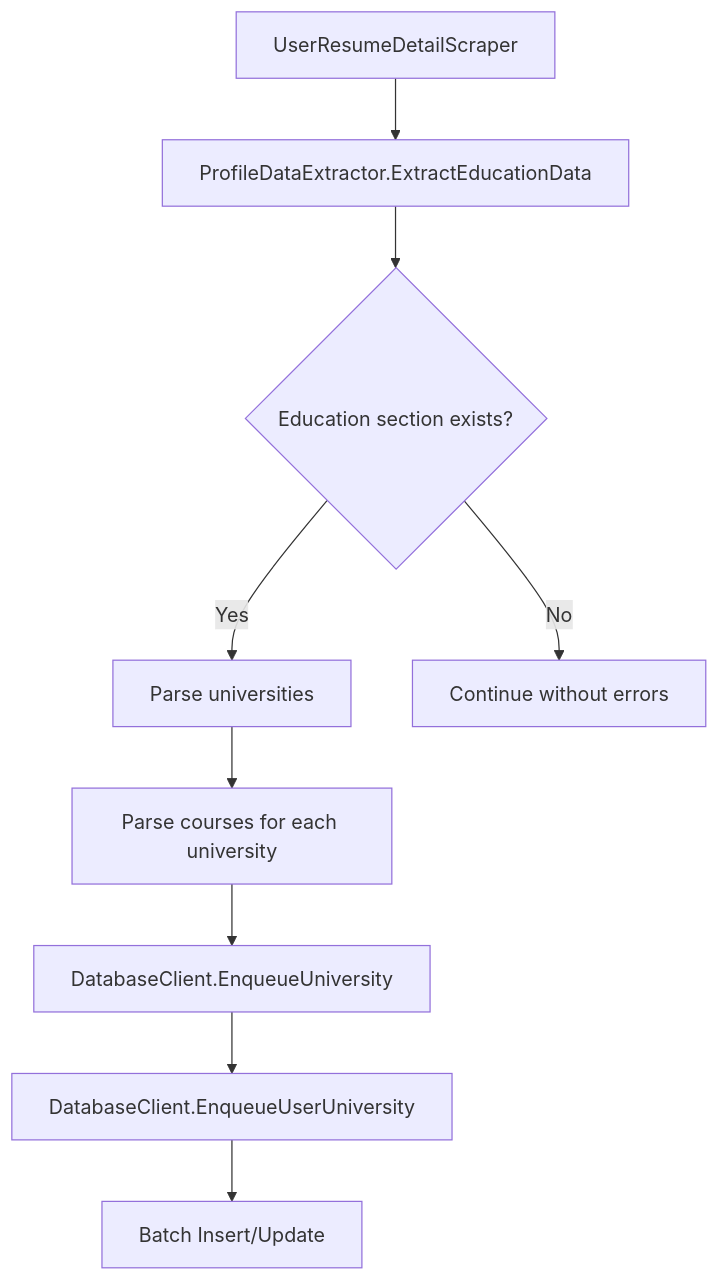
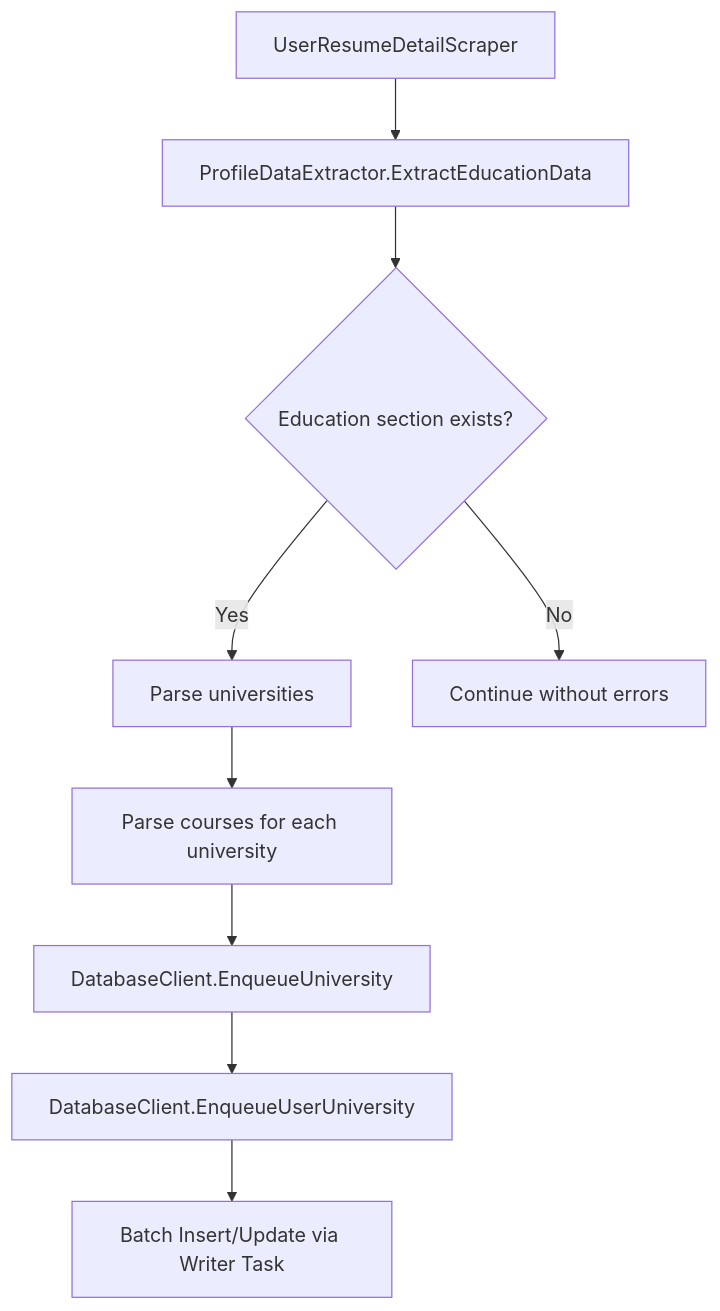
One commit to Resident234/job_board_scraper changed the second of 3 diagrams in docs/ARCHITECTURE.md. Above: the diagram before and after it, drawn with Mermaid. The commit also changed other lines of this file and 7 other files, not shown here.

````diff
--- a/docs/ARCHITECTURE.md
+++ b/docs/ARCHITECTURE.md
@@ -101,11 +120,11 @@
 ```mermaid
 flowchart TD
     A[UserResumeDetailScraper] --> B[ProfileDataExtractor.ExtractEducationData]
     B --> C{Education section exists?}
     C -->|Yes| D[Parse universities]
     C -->|No| E[Continue without errors]
     D --> F[Parse courses for each university]
     F --> G[DatabaseClient.EnqueueUniversity]
     G --> H[DatabaseClient.EnqueueUserUniversity]
-    H --> I[Batch Insert/Update]
+    H --> I[Batch Insert/Update via Writer Task]
 ```
````
